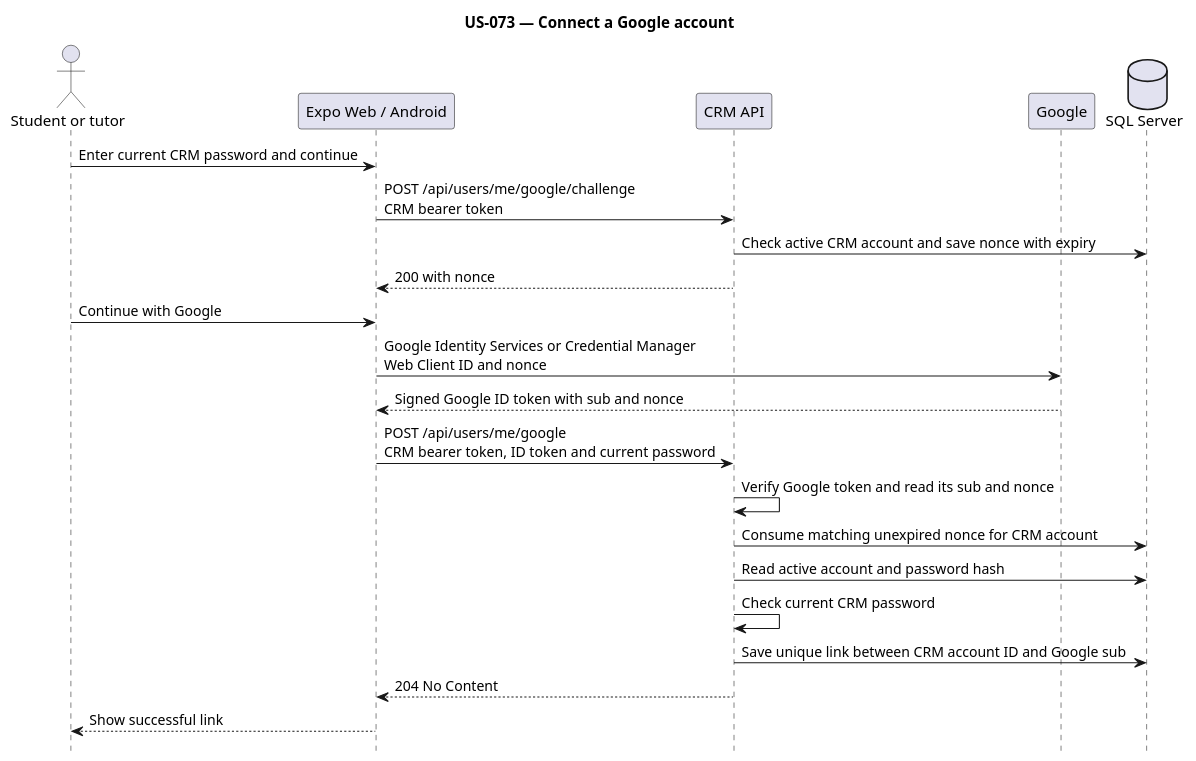
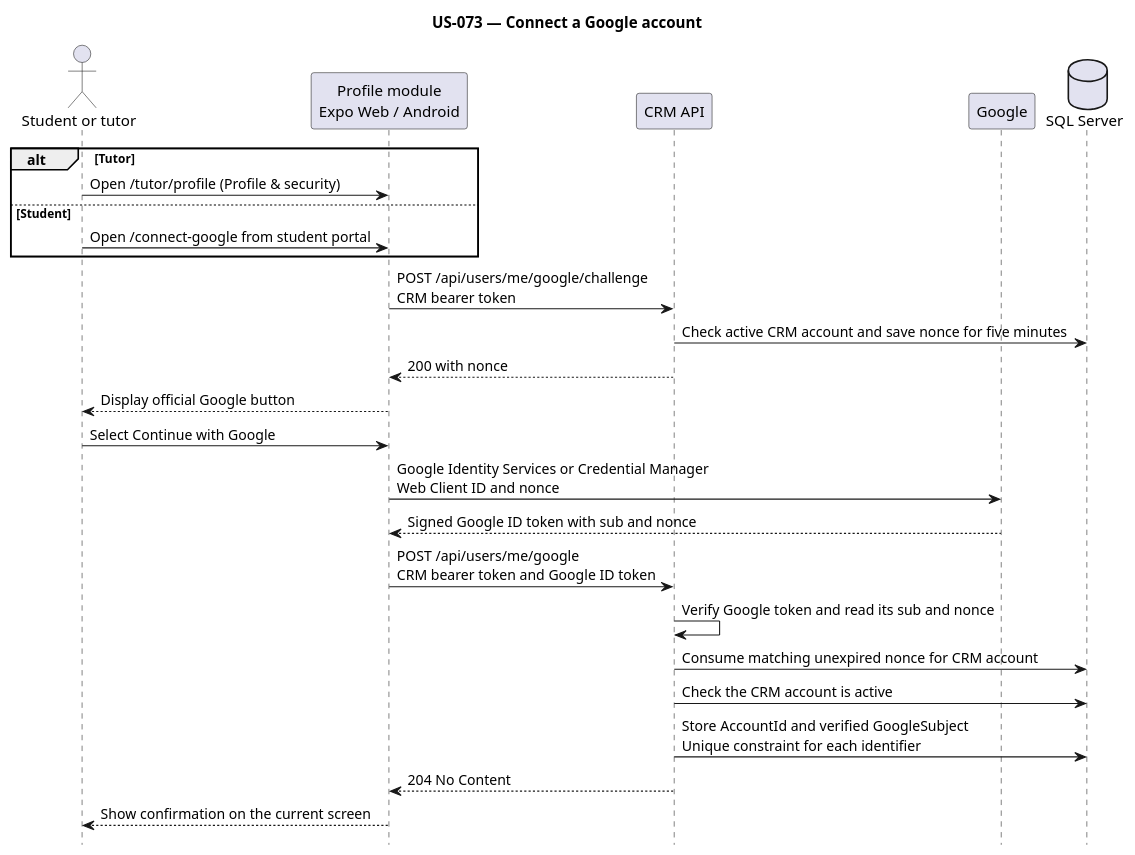
The diagram in docs/technical_docs/backend_docs/user_stories/us_073/diagrams/google_account_linking.puml (JStec0312/Tutoring-CRM-System), drawn with PlantUML before and after one commit. The commit also changed 26 other files, not shown here.

Commit message:
MISSING FILES RE #167 link with google account button added on tutor profile

```diff
--- a/docs/technical_docs/backend_docs/user_stories/us_073/diagrams/google_account_linking.puml
+++ b/docs/technical_docs/backend_docs/user_stories/us_073/diagrams/google_account_linking.puml
@@ -1,25 +1,29 @@
 @startuml
 title US-073 — Connect a Google account
 hide footbox
 actor "Student or tutor" as User
-participant "Expo Web / Android" as Client
+participant "Profile module\nExpo Web / Android" as Client
 participant "CRM API" as API
 participant "Google" as Google
 database "SQL Server" as DB
 
-User -> Client : Enter current CRM password and continue
+alt Tutor
+  User -> Client : Open /tutor/profile (Profile & security)
+else Student
+  User -> Client : Open /connect-google from student portal
+end
 Client -> API : POST /api/users/me/google/challenge\nCRM bearer token
-API -> DB : Check active CRM account and save nonce with expiry
+API -> DB : Check active CRM account and save nonce for five minutes
 API --> Client : 200 with nonce
-User -> Client : Continue with Google
+Client --> User : Display official Google button
+User -> Client : Select Continue with Google
 Client -> Google : Google Identity Services or Credential Manager\nWeb Client ID and nonce
 Google --> Client : Signed Google ID token with sub and nonce
-Client -> API : POST /api/users/me/google\nCRM bearer token, ID token and current password
+Client -> API : POST /api/users/me/google\nCRM bearer token and Google ID token
 API -> API : Verify Google token and read its sub and nonce
 API -> DB : Consume matching unexpired nonce for CRM account
-API -> DB : Read active account and password hash
-API -> API : Check current CRM password
-API -> DB : Save unique link between CRM account ID and Google sub
+API -> DB : Check the CRM account is active
+API -> DB : Store AccountId and verified GoogleSubject\nUnique constraint for each identifier
 API --> Client : 204 No Content
-Client --> User : Show successful link
+Client --> User : Show confirmation on the current screen
 @enduml
```
